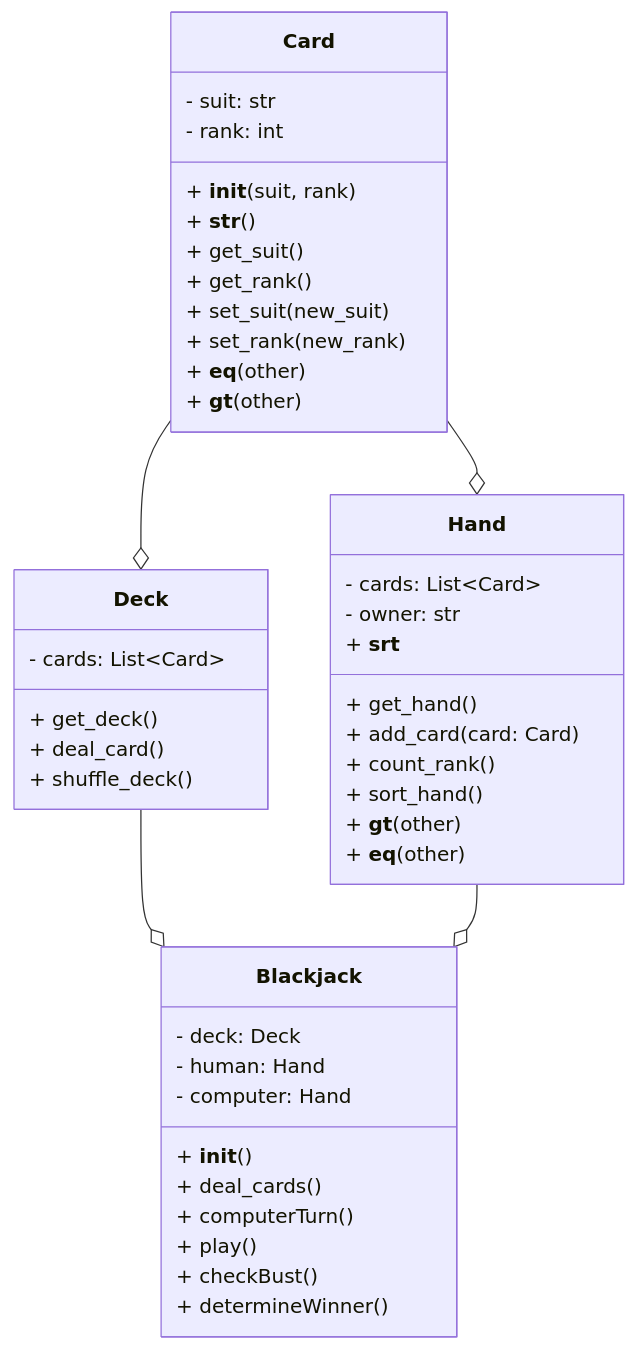
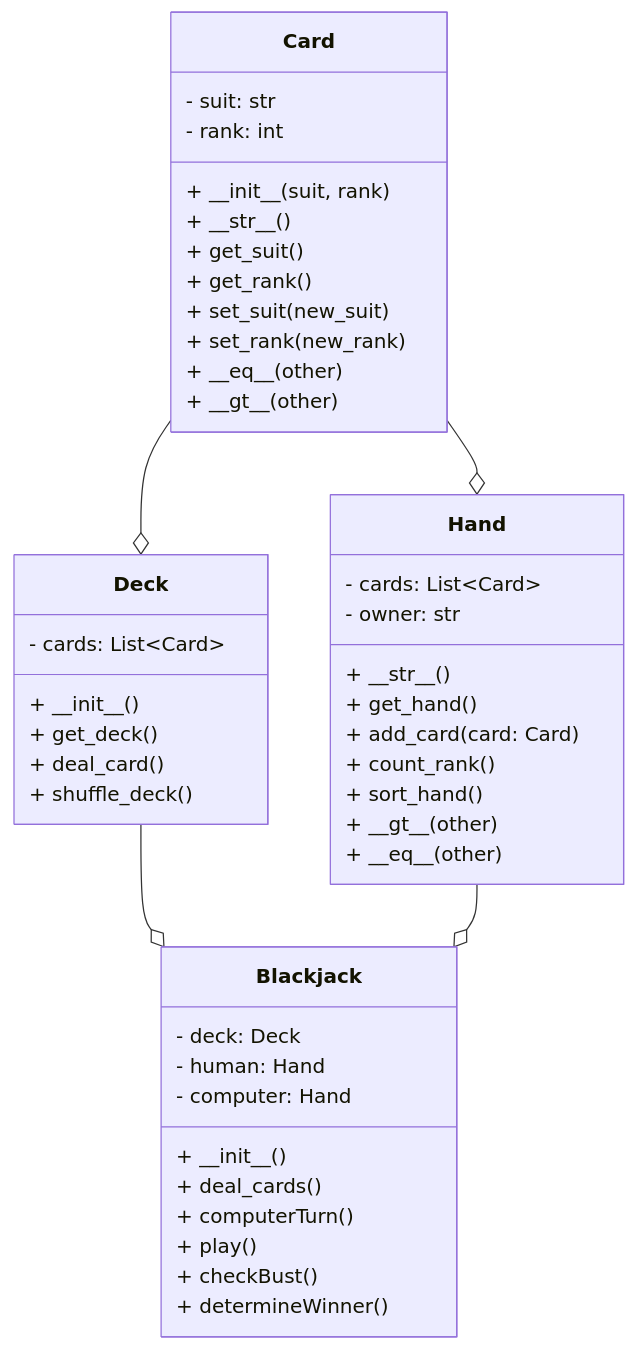
One commit to isf-dp-cs/isf-dp-cs.github.io changed the first of 5 diagrams in content/new_syllabus/unit_03_oop/03_aggregation/_index.md. Above: the diagram before and after it, drawn with Mermaid. The commit also changed other lines of this file and 3 other files, not shown here.

```diff
--- a/content/new_syllabus/unit_03_oop/03_aggregation/_index.md
+++ b/content/new_syllabus/unit_03_oop/03_aggregation/_index.md
@@ -45,56 +39,57 @@
 {{< mermaid >}}
 
 classDiagram
     class Card {
         - suit: str
         - rank: int
-        + __init__(suit, rank)
-        + __str__()
+        + \_\_init__(suit, rank)
+        + \_\_str__()
         + get_suit()
         + get_rank()
         + set_suit(new_suit)
         + set_rank(new_rank)
-        + __eq__(other)
-        + __gt__(other)
+        + \_\_eq__(other)
+        + \_\_gt__(other)
     }
 
 
     class Deck {
         - cards: List~Card~
+        + \_\_init__()
         + get_deck()
         + deal_card()
         + shuffle_deck()
     }
 
 
     class Hand {
         - cards: List~Card~
         - owner: str
-        + __srt__
+        + \_\_str__()
         + get_hand()
         + add_card(card: Card)
         + count_rank()
         + sort_hand()
-        + __gt__(other)
-        + __eq__(other)
+        + \_\_gt__(other)
+        + \_\_eq__(other)
     }
 
 
     class Blackjack {
         - deck: Deck
         - human: Hand
         - computer: Hand
-        + __init__()
+        + \_\_init__()
         + deal_cards()
         + computerTurn()
         + play()
         + checkBust()
         + determineWinner()
     } 
 
     Card --o Hand
     Card --o Deck
     Deck --o Blackjack
     Hand --o Blackjack
    
 {{< /mermaid >}}
```
